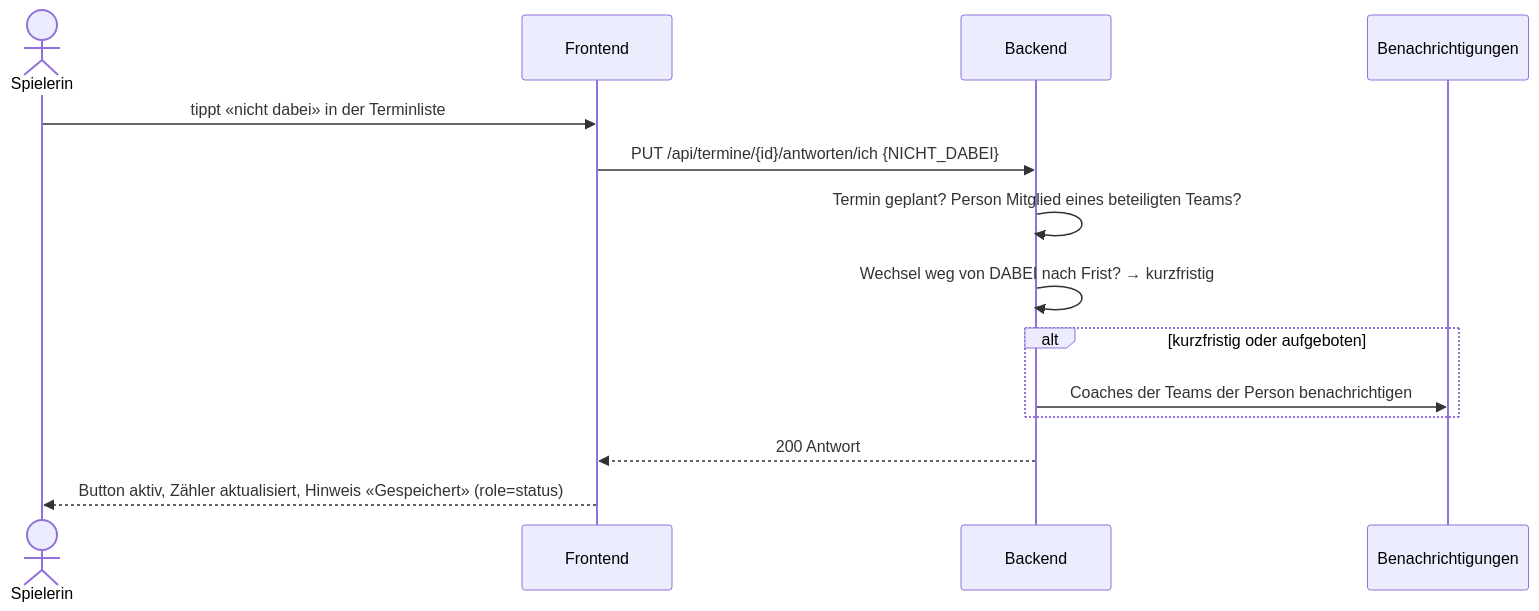
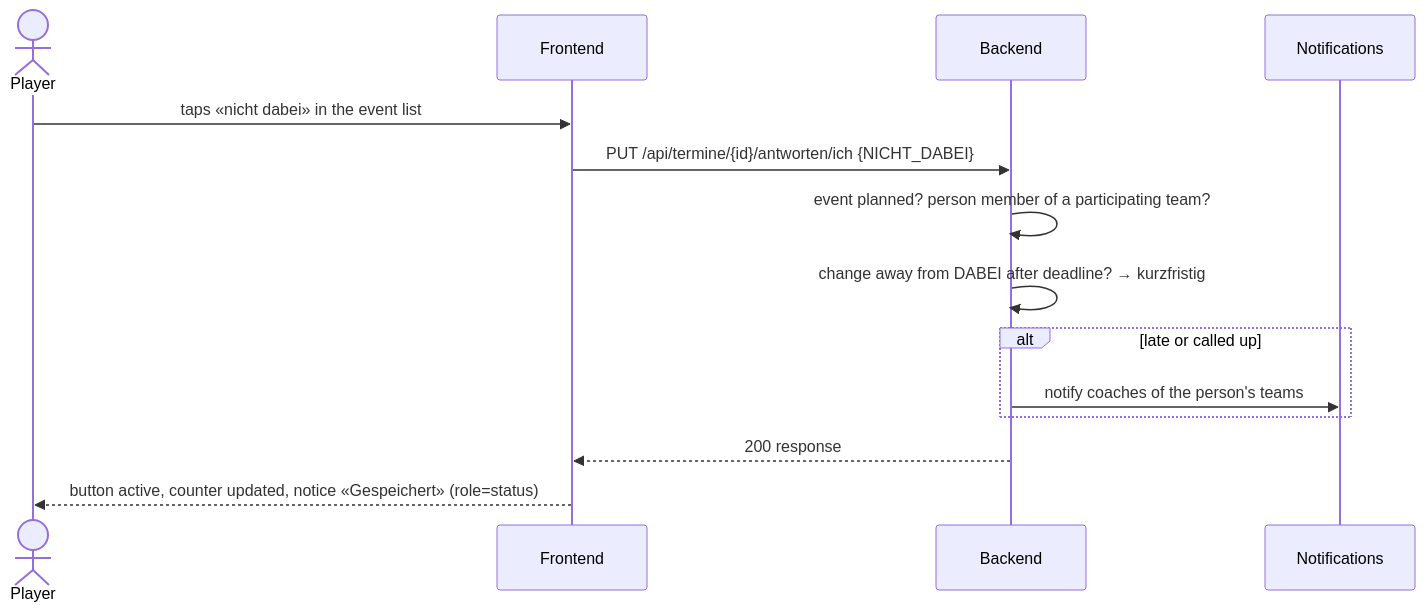
Before and after one commit to cyrilleulmi/StvBeroPlatform: diagram 11 of 13 in docs/states.md, drawn with Mermaid. The commit also changed other lines of this file and 19 other files, not shown here.

````diff
--- a/docs/states.md
+++ b/docs/states.md
@@ -289,16 +291,16 @@
 ```mermaid
 sequenceDiagram
-    actor S as Spielerin
+    actor S as Player
     participant F as Frontend
     participant B as Backend
-    participant N as Benachrichtigungen
-    S->>F: tippt «nicht dabei» in der Terminliste
+    participant N as Notifications
+    S->>F: taps «nicht dabei» in the event list
     F->>B: PUT /api/termine/{id}/antworten/ich {NICHT_DABEI}
-    B->>B: Termin geplant? Person Mitglied eines beteiligten Teams?
-    B->>B: Wechsel weg von DABEI nach Frist? → kurzfristig
-    alt kurzfristig oder aufgeboten
-        B->>N: Coaches der Teams der Person benachrichtigen
+    B->>B: event planned? person member of a participating team?
+    B->>B: change away from DABEI after deadline? → kurzfristig
+    alt late or called up
+        B->>N: notify coaches of the person's teams
     end
-    B-->>F: 200 Antwort
-    F-->>S: Button aktiv, Zähler aktualisiert, Hinweis «Gespeichert» (role=status)
+    B-->>F: 200 response
+    F-->>S: button active, counter updated, notice «Gespeichert» (role=status)
 ```
````
